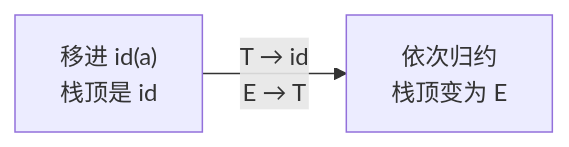
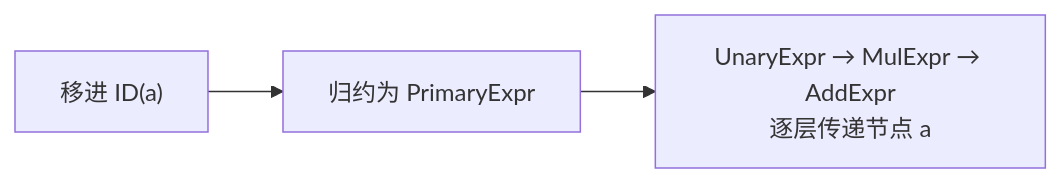
One commit to lightsmilew/compiler-principles changed the fifth of 7 diagrams in docs/labs/part2-parser.md. Above: the diagram before and after it, drawn with Mermaid. The commit also changed other lines of this file and 8 other files, not shown here.

````diff
--- a/docs/labs/part2-parser.md
+++ b/docs/labs/part2-parser.md
@@ -280,4 +292,5 @@
 ```mermaid
 flowchart LR
-  A["移进 id(a)<br/>栈顶是 id"] -->|"T → id<br/>E → T"| B["依次归约<br/>栈顶变为 E"]
+  A["移进 ID(a)"] --> B["归约为 PrimaryExpr"]
+  B --> C["UnaryExpr → MulExpr → AddExpr<br/>逐层传递节点 a"]
 ```
````
